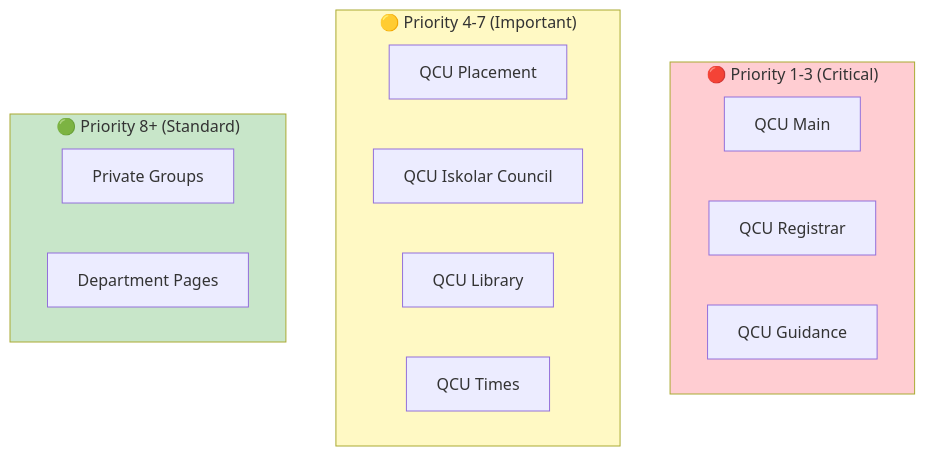
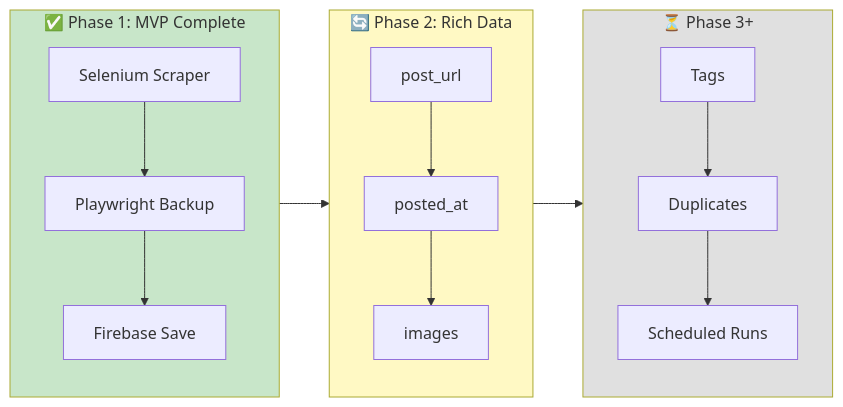
Before and after one commit to BrentFordVRemerata/Facebook-Scraper: the first of 3 diagrams in GUIDE.md, drawn with Mermaid. The commit also changed other lines of this file and 5 other files, not shown here.

````diff
--- a/GUIDE.md
+++ b/GUIDE.md
@@ -688,24 +13,23 @@
 ```mermaid
-graph TD
-    subgraph Priority1["🔴 Priority 1-3 (Critical)"]
-        P1[QCU Main]
-        P2[QCU Registrar]
-        P3[QCU Guidance]
+flowchart LR
+    subgraph Done["✅ Phase 1: MVP Complete"]
+        A[Selenium Scraper] --> B[Playwright Backup]
+        B --> C[Firebase Save]
     end
     
-    subgraph Priority2["🟡 Priority 4-7 (Important)"]
-        P4[QCU Placement]
-        P5[QCU Iskolar Council]
-        P6[QCU Library]
-        P7[QCU Times]
+    subgraph Current["🔄 Phase 2: Rich Data"]
+        D[post_url] --> E[posted_at]
+        E --> F[images]
     end
     
-    subgraph Priority3["🟢 Priority 8+ (Standard)"]
-        P8[Private Groups]
-        P9[Department Pages]
+    subgraph Later["⏳ Phase 3+"]
+        G[Tags] --> H[Duplicates]
+        H --> I[Scheduled Runs]
     end
     
-    style Priority1 fill:#ffcdd2
-    style Priority2 fill:#fff9c4
-    style Priority3 fill:#c8e6c9
+    Done --> Current --> Later
+    
+    style Done fill:#c8e6c9
+    style Current fill:#fff9c4
+    style Later fill:#e0e0e0
 ```
````
